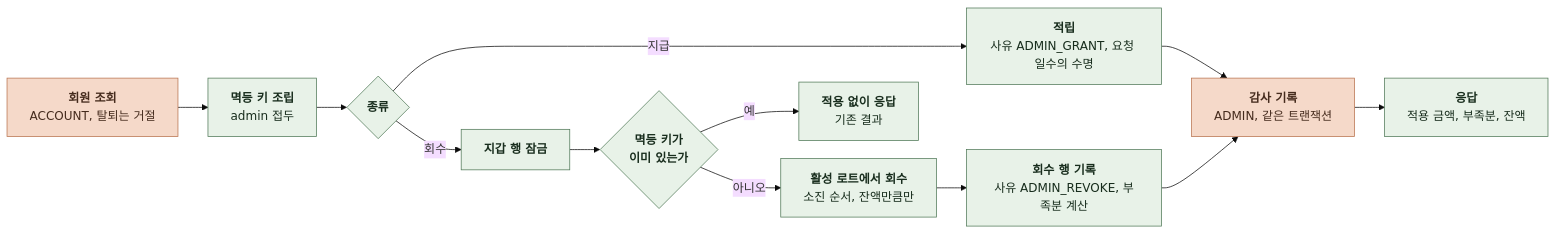
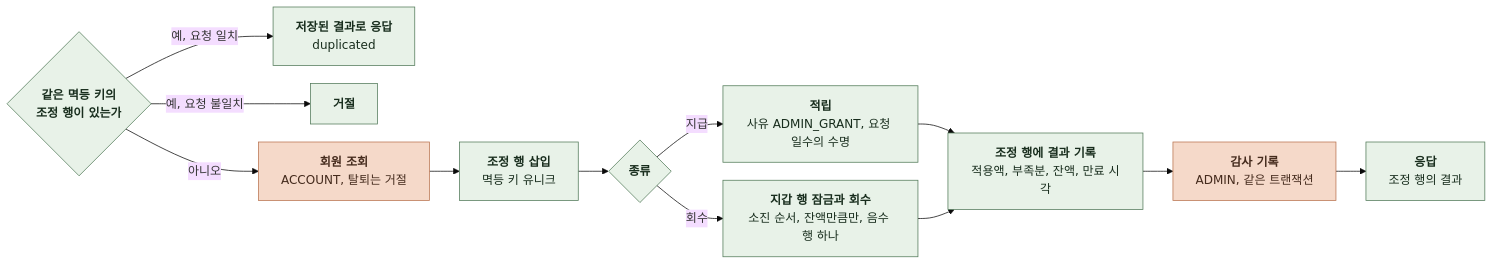
Before and after one commit to KIM-N-KANG/knk-harness: diagram 15 of 16 in docs/domain/PAYMENT/BACKEND/4-1-PIPELINES.md, drawn with Mermaid (base theme). The commit also changed other lines of this file and 38 other files, not shown here.

````diff
--- a/docs/domain/PAYMENT/BACKEND/4-1-PIPELINES.md
+++ b/docs/domain/PAYMENT/BACKEND/4-1-PIPELINES.md
@@ -426,28 +426,28 @@
 ```mermaid
 %%{init: {"flowchart": {"curve": "basis", "nodeSpacing": 24, "rankSpacing": 40}}}%%
 flowchart LR
-    A["`**회원 조회**
-ACCOUNT, 탈퇴는 거절`"] --> B["`**멱등 키 조립**
-admin 접두`"]
-    B --> C{"`**종류**`"}
-    C -->|지급| D["`**적립**
+    A{"`**같은 멱등 키의
+조정 행이 있는가**`"} -->|예, 요청 일치| Z["`**저장된 결과로 응답**
+duplicated`"]
+    A -->|예, 요청 불일치| Y["`**거절**`"]
+    A -->|아니오| B["`**회원 조회**
+ACCOUNT, 탈퇴는 거절`"]
+    B --> C["`**조정 행 삽입**
+멱등 키 유니크`"]
+    C --> D{"`**종류**`"}
+    D -->|지급| E["`**적립**
 사유 ADMIN_GRANT, 요청 일수의 수명`"]
-    C -->|회수| E["`**지갑 행 잠금**`"]
-    E --> F{"`**멱등 키가
-이미 있는가**`"}
-    F -->|예| Z["`**적용 없이 응답**
-기존 결과`"]
-    F -->|아니오| G["`**활성 로트에서 회수**
-소진 순서, 잔액만큼만`"]
-    G --> H["`**회수 행 기록**
-사유 ADMIN_REVOKE, 부족분 계산`"]
-    D --> I["`**감사 기록**
+    D -->|회수| F["`**지갑 행 잠금과 회수**
+소진 순서, 잔액만큼만, 음수 행 하나`"]
+    E --> G["`**조정 행에 결과 기록**
+적용액, 부족분, 잔액, 만료 시각`"]
+    F --> G
+    G --> H["`**감사 기록**
 ADMIN, 같은 트랜잭션`"]
-    H --> I
-    I --> J["`**응답**
-적용 금액, 부족분, 잔액`"]
+    H --> J["`**응답**
+조정 행의 결과`"]
     classDef comp fill:#E8F2E8,stroke:#527A59,color:#182D1D
     classDef task fill:#F5D9C9,stroke:#B97450,color:#452B1D
-    class B,C,D,E,F,G,H,J,Z comp
-    class A,I task
+    class A,C,D,E,F,G,J,Y,Z comp
+    class B,H task
 ```
````
